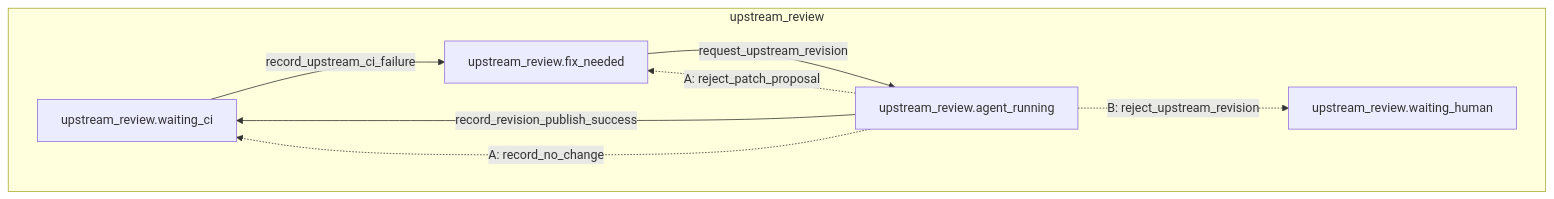
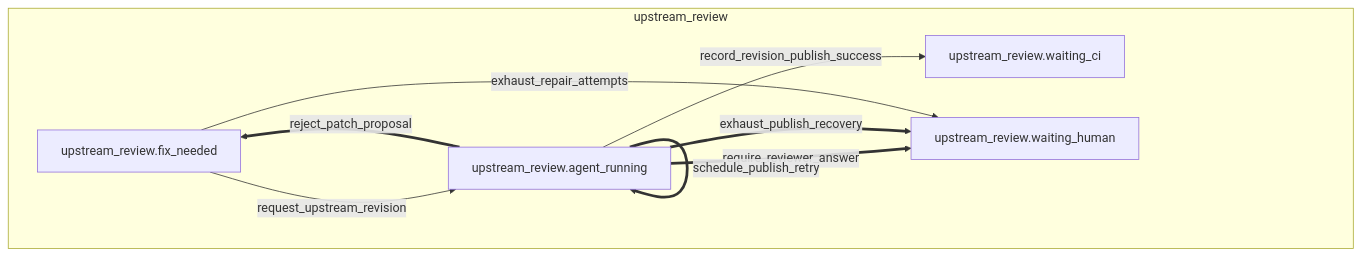
Diagram 16 of 52 in docs/state-machine/decisions.md (riseproject-dev/porting-agent), drawn with Mermaid before and after one commit. The commit also changed other lines of this file and 9 other files, not shown here.

````diff
--- a/docs/state-machine/decisions.md
+++ b/docs/state-machine/decisions.md
@@ -450,16 +387,17 @@
 ```mermaid
 flowchart TB
     subgraph upstream_review["upstream_review"]
         upstream_waiting_ci["upstream_review.waiting_ci"]
         upstream_fix_needed["upstream_review.fix_needed"]
         upstream_agent_running["upstream_review.agent_running"]
         upstream_waiting_human["upstream_review.waiting_human"]
     end
 
-    upstream_waiting_ci -->|record_upstream_ci_failure| upstream_fix_needed
     upstream_fix_needed -->|request_upstream_revision| upstream_agent_running
     upstream_agent_running -->|record_revision_publish_success| upstream_waiting_ci
-    upstream_agent_running -.->|"A: reject_patch_proposal"| upstream_fix_needed
-    upstream_agent_running -.->|"A: record_no_change"| upstream_waiting_ci
-    upstream_agent_running -.->|"B: reject_upstream_revision"| upstream_waiting_human
+    upstream_agent_running ==>|reject_patch_proposal| upstream_fix_needed
+    upstream_agent_running ==>|require_reviewer_answer| upstream_waiting_human
+    upstream_agent_running ==>|schedule_publish_retry| upstream_agent_running
+    upstream_agent_running ==>|exhaust_publish_recovery| upstream_waiting_human
+    upstream_fix_needed -->|exhaust_repair_attempts| upstream_waiting_human
 ```
````
